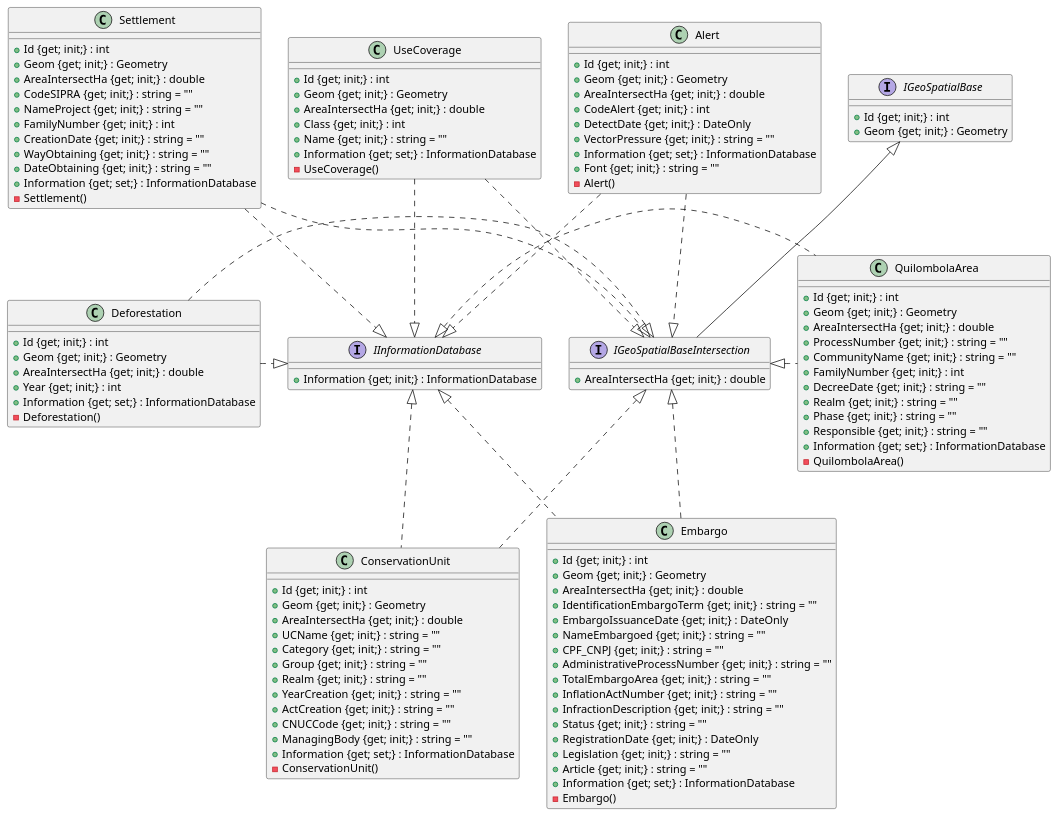
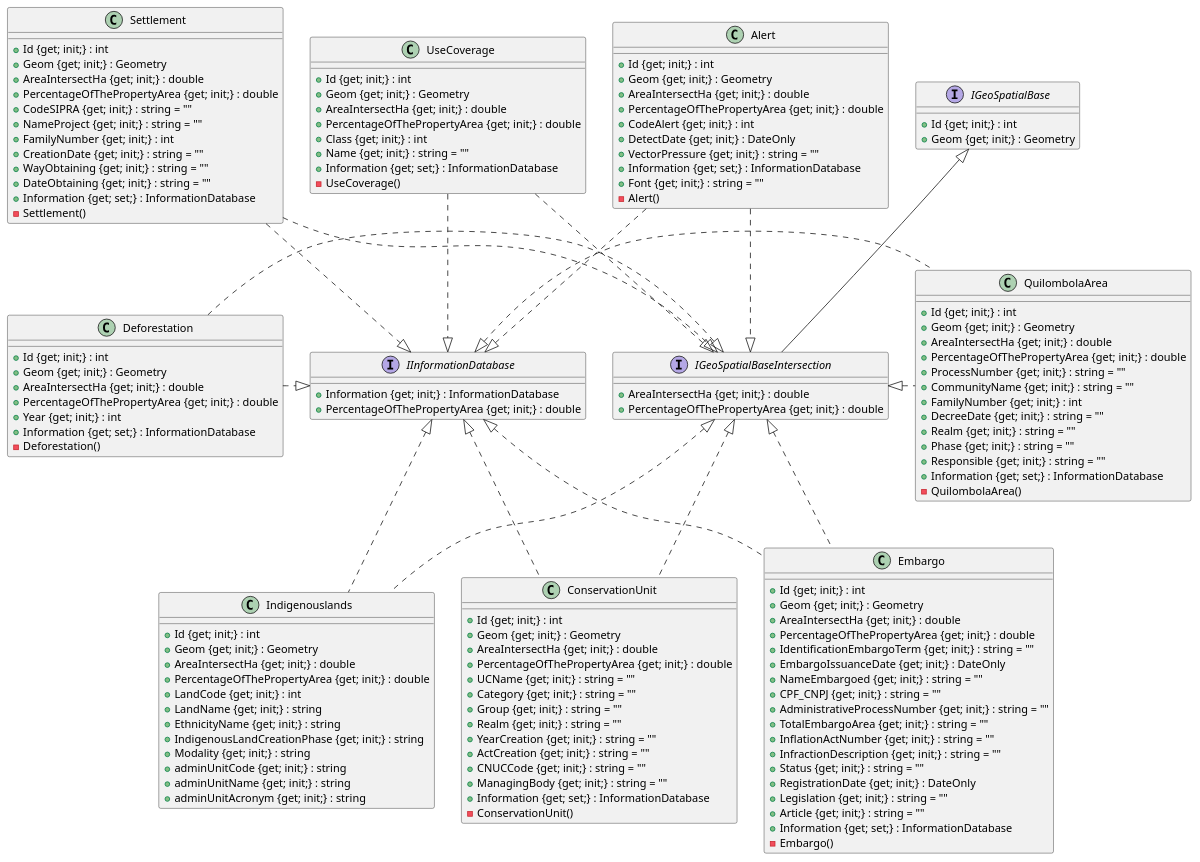
One commit to ruralgises/documentation changed the diagram in class-diagram/interserct-diagram.plantuml. Above: the diagram before and after it, drawn with PlantUML.

```diff
--- a/class-diagram/interserct-diagram.plantuml
+++ b/class-diagram/interserct-diagram.plantuml
@@ -1,128 +1,154 @@
 @startuml
 
 interface IGeoSpatialBaseIntersection extends IGeoSpatialBase {
     {method} +AreaIntersectHa {get; init;} : double
+    {method} +PercentageOfThePropertyArea {get; init;} : double
 }
 
 interface IGeoSpatialBase {
     {method} +Id {get; init;} : int
     {method} +Geom {get; init;} : Geometry
 }
 
 interface IInformationDatabase {
     {method} +Information {get; init;} : InformationDatabase
+    {method} +PercentageOfThePropertyArea {get; init;} : double
 }
 
 class Deforestation {
     {method} +Id {get; init;} : int
     {method} +Geom {get; init;} : Geometry
     {method} +AreaIntersectHa {get; init;} : double
+    {method} +PercentageOfThePropertyArea {get; init;} : double
     {method} +Year {get; init;} : int
     {method} +Information {get; set;} : InformationDatabase
     {method} -Deforestation()
 }
 
 class Settlement {
     {method} +Id {get; init;} : int
     {method} +Geom {get; init;} : Geometry
     {method} +AreaIntersectHa {get; init;} : double
+    {method} +PercentageOfThePropertyArea {get; init;} : double
     {method} +CodeSIPRA {get; init;} : string = ""
     {method} +NameProject {get; init;} : string = ""
     {method} +FamilyNumber {get; init;} : int
     {method} +CreationDate {get; init;} : string = ""
     {method} +WayObtaining {get; init;} : string = ""
     {method} +DateObtaining {get; init;} : string = ""
     {method} +Information {get; set;} : InformationDatabase
     {method} -Settlement()
 }
 
+class Indigenouslands{
+    {method} +Id {get; init;} : int
+    {method} +Geom {get; init;} : Geometry
+    {method} +AreaIntersectHa {get; init;} : double
+    {method} +PercentageOfThePropertyArea {get; init;} : double
+    {method} +LandCode {get; init;} : int
+    {method} +LandName {get; init;} : string
+    {method} +EthnicityName {get; init;} : string
+    {method} +IndigenousLandCreationPhase {get; init;} : string
+    {method} +Modality {get; init;} : string
+    {method} +adminUnitCode {get; init;} : string
+    {method} +adminUnitName {get; init;} : string
+    {method} +adminUnitAcronym {get; init;} : string
+}
+
 class ConservationUnit{
     {method} +Id {get; init;} : int
     {method} +Geom {get; init;} : Geometry
     {method} +AreaIntersectHa {get; init;} : double
+    {method} +PercentageOfThePropertyArea {get; init;} : double
     {method} +UCName {get; init;} : string = ""
     {method} +Category {get; init;} : string = ""
     {method} +Group {get; init;} : string = ""
     {method} +Realm {get; init;} : string = ""
     {method} +YearCreation {get; init;} : string = ""
     {method} +ActCreation {get; init;} : string = ""
     {method} +CNUCCode {get; init;} : string = ""
     {method} +ManagingBody {get; init;} : string = ""
     {method} +Information {get; set;} : InformationDatabase
     {method} -ConservationUnit()
 }
 
 class QuilombolaArea {
     {method} +Id {get; init;} : int
     {method} +Geom {get; init;} : Geometry
     {method} +AreaIntersectHa {get; init;} : double
+    {method} +PercentageOfThePropertyArea {get; init;} : double
     {method} +ProcessNumber {get; init;} : string = ""
     {method} +CommunityName {get; init;} : string = ""
     {method} +FamilyNumber {get; init;} : int
     {method} +DecreeDate {get; init;} : string = ""
     {method} +Realm {get; init;} : string = ""
     {method} +Phase {get; init;} : string = ""
     {method} +Responsible {get; init;} : string = ""
     {method} +Information {get; set;} : InformationDatabase
     {method} -QuilombolaArea()
 }
 
 class UseCoverage {
     {method} +Id {get; init;} : int
     {method} +Geom {get; init;} : Geometry
     {method} +AreaIntersectHa {get; init;} : double
+    {method} +PercentageOfThePropertyArea {get; init;} : double
     {method} +Class {get; init;} : int
     {method} +Name {get; init;} : string = ""
     {method} +Information {get; set;} : InformationDatabase
     {method} -UseCoverage()
 }
 
 class Embargo {
     {method} +Id {get; init;} : int
     {method} +Geom {get; init;} : Geometry
     {method} +AreaIntersectHa {get; init;} : double
+    {method} +PercentageOfThePropertyArea {get; init;} : double
     {method} +IdentificationEmbargoTerm {get; init;} : string = ""
     {method} +EmbargoIssuanceDate {get; init;} : DateOnly
     {method} +NameEmbargoed {get; init;} : string = ""
     {method} +CPF_CNPJ {get; init;} : string = ""
     {method} +AdministrativeProcessNumber {get; init;} : string = ""
     {method} +TotalEmbargoArea {get; init;} : string = ""
     {method} +InflationActNumber {get; init;} : string = ""
     {method} +InfractionDescription {get; init;} : string = ""
     {method} +Status {get; init;} : string = ""
     {method} +RegistrationDate {get; init;} : DateOnly
     {method} +Legislation {get; init;} : string = ""
     {method} +Article {get; init;} : string = ""
     {method} +Information {get; set;} : InformationDatabase
     {method} -Embargo()
 }
 
 class Alert {
     {method} +Id {get; init;} : int
     {method} +Geom {get; init;} : Geometry
     {method} +AreaIntersectHa {get; init;} : double
+    {method} +PercentageOfThePropertyArea {get; init;} : double
     {method} +CodeAlert {get; init;} : int
     {method} +DetectDate {get; init;} : DateOnly
     {method} +VectorPressure {get; init;} : string = ""
     {method} +Information {get; set;} : InformationDatabase
     {method} +Font {get; init;} : string = ""
     {method} -Alert()
 }
 
 Embargo ..up|> IGeoSpatialBaseIntersection 
 Deforestation ..right|> IGeoSpatialBaseIntersection
 ConservationUnit ..up|> IGeoSpatialBaseIntersection
+Indigenouslands ..up|> IGeoSpatialBaseIntersection
 Settlement ..|> IGeoSpatialBaseIntersection
 QuilombolaArea ..left|> IGeoSpatialBaseIntersection
 UseCoverage ..|> IGeoSpatialBaseIntersection
 Alert ..|> IGeoSpatialBaseIntersection
 
 Embargo ..up|> IInformationDatabase 
 Deforestation ..right|> IInformationDatabase
 ConservationUnit ..up|> IInformationDatabase
+Indigenouslands ..up|> IInformationDatabase
 Settlement ..|> IInformationDatabase
 QuilombolaArea ..left|> IInformationDatabase
 UseCoverage ..|> IInformationDatabase
 Alert ..|> IInformationDatabase
 
 @enduml
```
